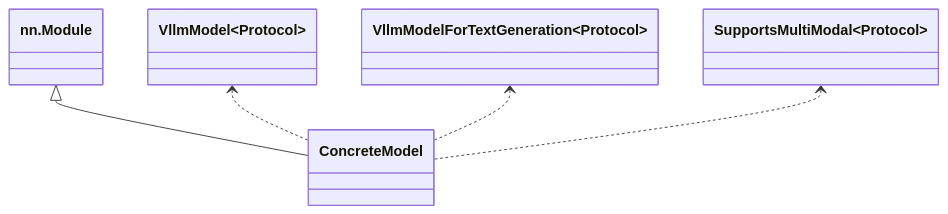
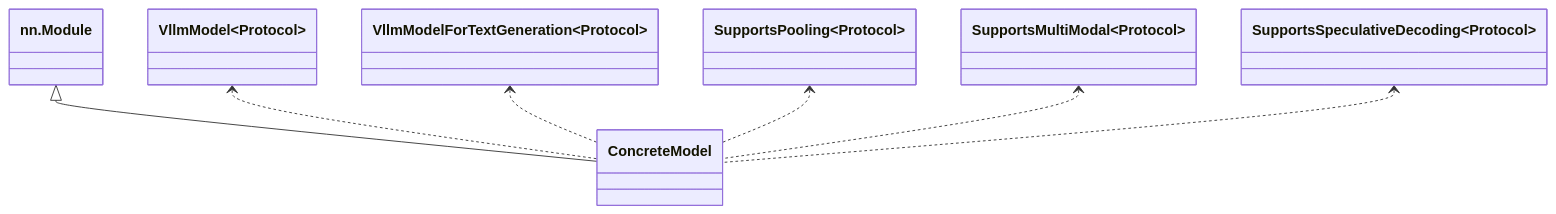
Diagram 21 of 32 in _posts/2026-08-15-deep-dive-into-vllm.md (arganzheng/arganzheng.github.com), drawn with Mermaid before and after one commit. The commit also changed other lines of this file, not shown here.

````diff
--- a/_posts/2026-08-15-deep-dive-into-vllm.md
+++ b/_posts/2026-08-15-deep-dive-into-vllm.md
@@ -6473,12 +6613,16 @@
 ```mermaid
 classDiagram
     class nn.Module
     class VllmModel~Protocol~
     class VllmModelForTextGeneration~Protocol~
+    class SupportsPooling~Protocol~
     class SupportsMultiModal~Protocol~
+    class SupportsSpeculativeDecoding~Protocol~
 
     nn.Module <|-- ConcreteModel
     VllmModel <.. ConcreteModel
     VllmModelForTextGeneration <.. ConcreteModel
+    SupportsPooling <.. ConcreteModel
     SupportsMultiModal <.. ConcreteModel
+    SupportsSpeculativeDecoding <.. ConcreteModel
 ```
````
